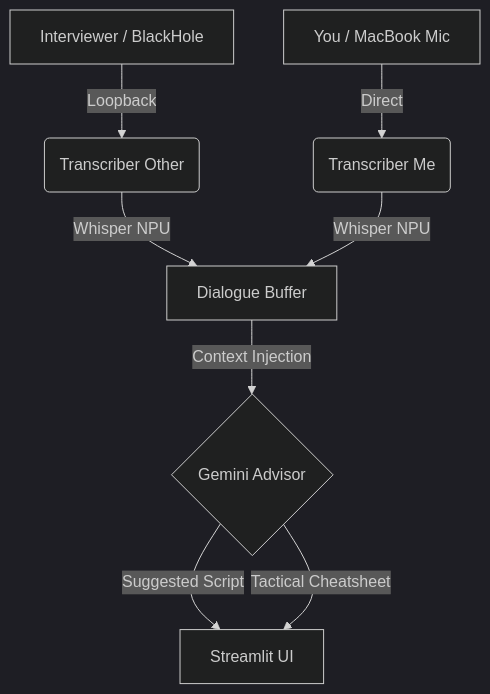
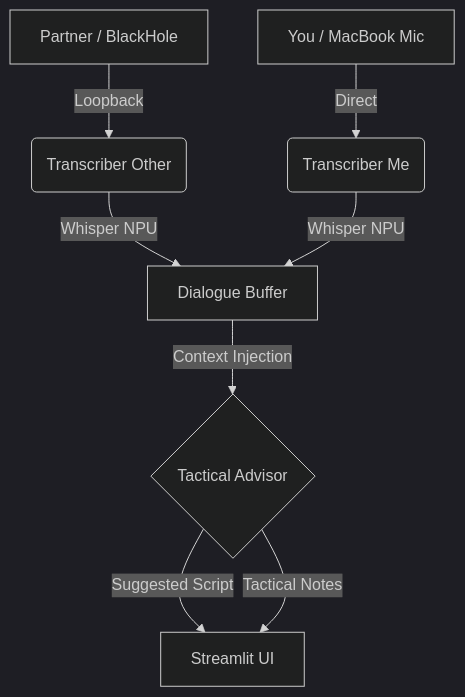
Before and after one commit to BinHsu/Aegis-Prompter: the diagram in README.md, drawn with Mermaid (dark theme). The commit also changed other lines of this file and 4 other files, not shown here.

````diff
--- a/README.md
+++ b/README.md
@@ -24,10 +24,10 @@
 ```mermaid
 graph TD
-    A[Interviewer / BlackHole] -->|Loopback| B(Transcriber Other)
+    A[Partner / BlackHole] -->|Loopback| B(Transcriber Other)
     C[You / MacBook Mic] -->|Direct| D(Transcriber Me)
     B -->|Whisper NPU| E[Dialogue Buffer]
     D -->|Whisper NPU| E
-    E -->|Context Injection| F{Gemini Advisor}
+    E -->|Context Injection| F{Tactical Advisor}
     F -->|Suggested Script| G[Streamlit UI]
-    F -->|Tactical Cheatsheet| G
+    F -->|Tactical Notes| G
 ```
````
